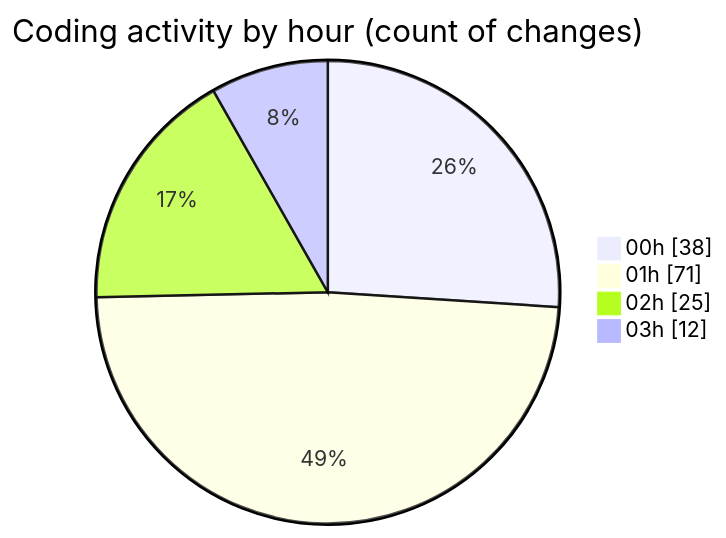
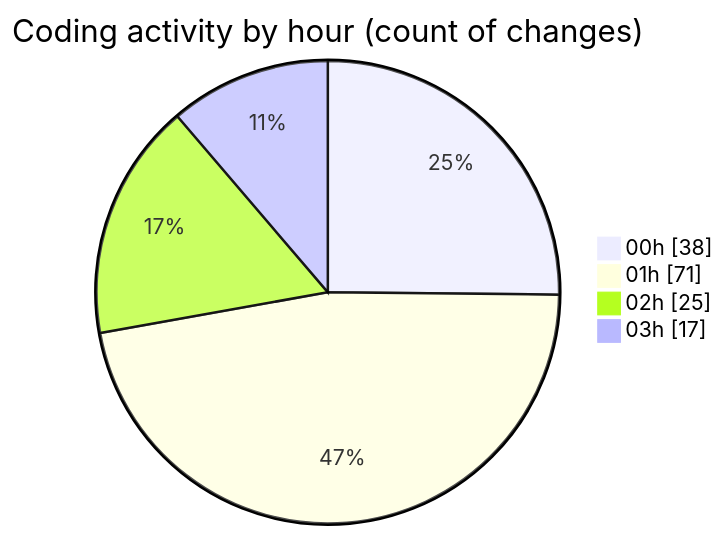
One commit to lephambinh05/code-tracking changed the second of 2 diagrams in 2025-07-27/quanlyrapchieuphim-1/README.md. Above: the diagram before and after it, drawn with Mermaid. The commit also changed other lines of this file and 1 other file, not shown here.

````diff
--- a/2025-07-27/quanlyrapchieuphim-1/README.md
+++ b/2025-07-27/quanlyrapchieuphim-1/README.md
@@ -68,8 +68,8 @@
 ```mermaid
 pie showData
 title Coding activity by hour (count of changes)
 "00h" : 38
 "01h" : 71
 "02h" : 25
-"03h" : 12
+"03h" : 17
 ```
````
